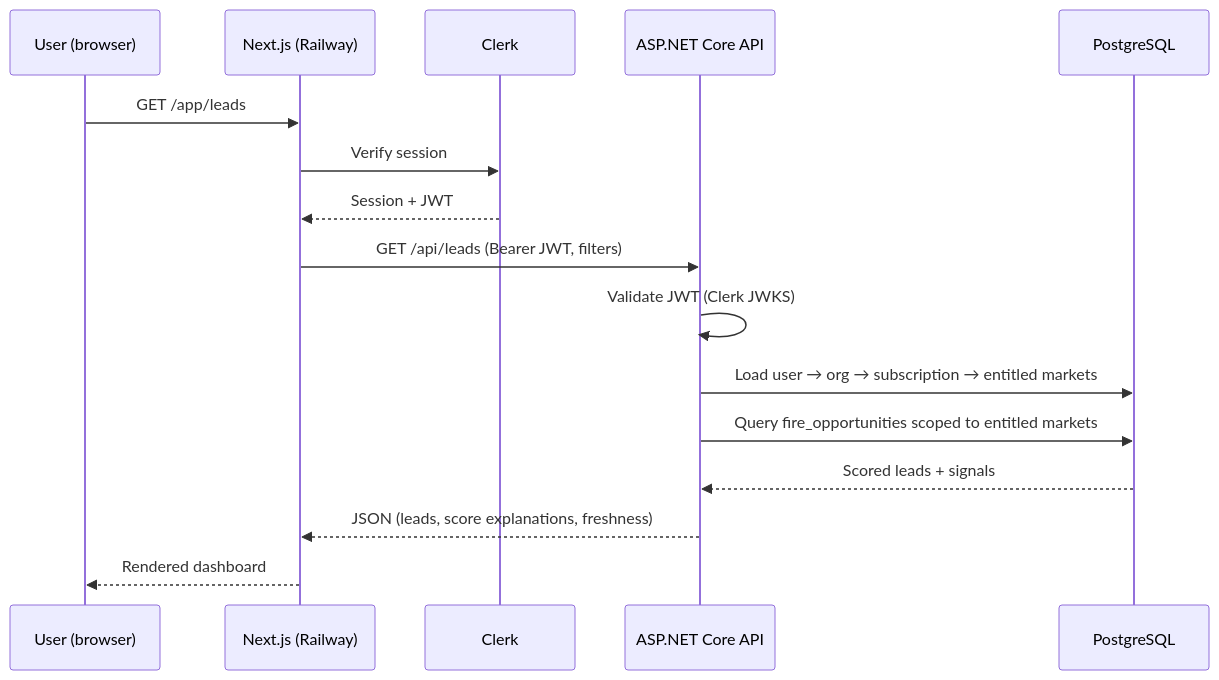
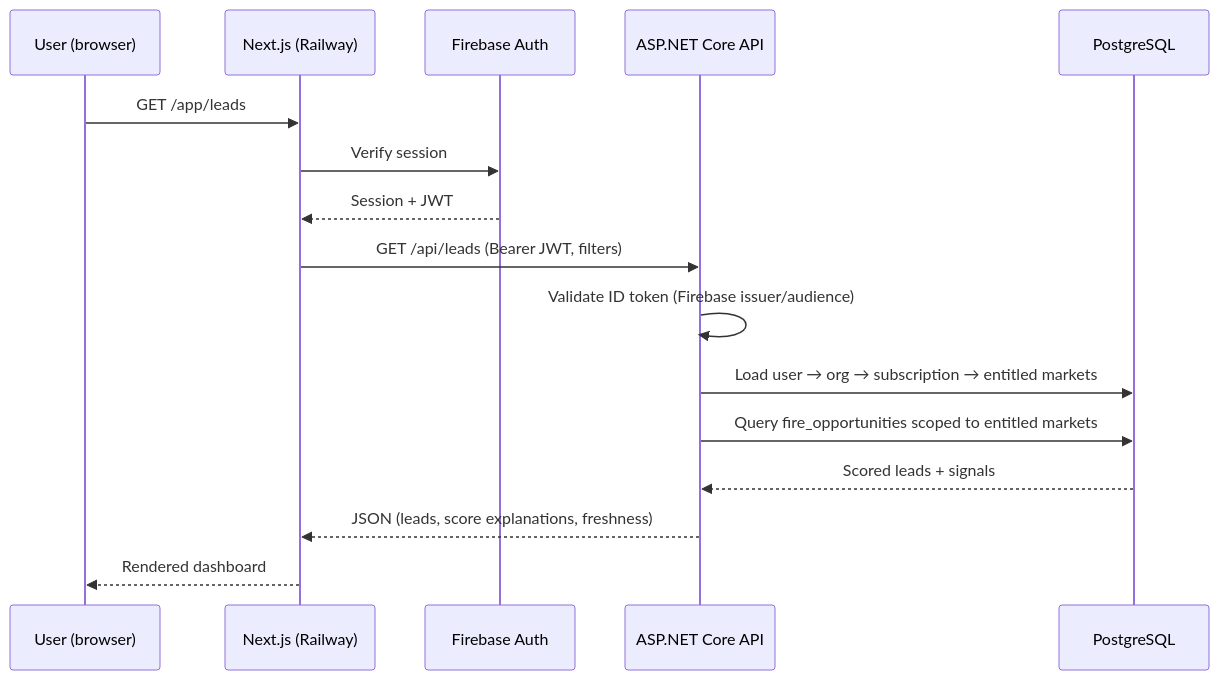
Before and after one commit to andypnguyen11-gif/permittorch: the fourth of 4 diagrams in Architecture.md, drawn with Mermaid. The commit also changed other lines of this file and 7 other files, not shown here.

First line of the commit message:
Propagate Firebase Auth to API, dashboard, integration, and product docs

````diff
--- a/Architecture.md
+++ b/Architecture.md
@@ -169,19 +169,19 @@
 ```mermaid
 sequenceDiagram
     participant U as User (browser)
     participant W as Next.js (Railway)
-    participant C as Clerk
+    participant C as Firebase Auth
     participant A as ASP.NET Core API
     participant P as PostgreSQL
 
     U->>W: GET /app/leads
     W->>C: Verify session
     C-->>W: Session + JWT
     W->>A: GET /api/leads (Bearer JWT, filters)
-    A->>A: Validate JWT (Clerk JWKS)
+    A->>A: Validate ID token (Firebase issuer/audience)
     A->>P: Load user → org → subscription → entitled markets
     A->>P: Query fire_opportunities scoped to entitled markets
     P-->>A: Scored leads + signals
     A-->>W: JSON (leads, score explanations, freshness)
     W-->>U: Rendered dashboard
 ```
````
